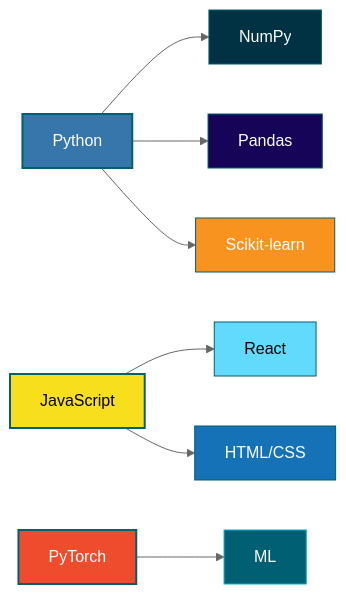
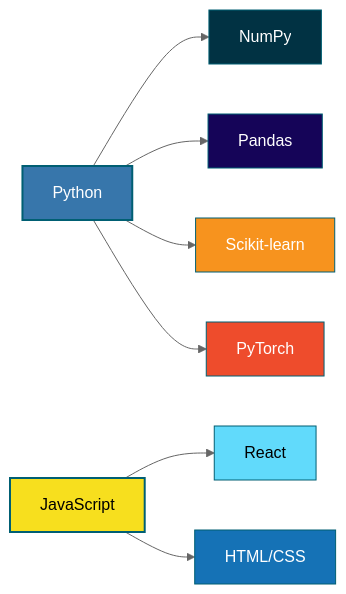
One commit to Thedarkiin/Thedarkiin changed the diagram in README.md. Above: the diagram before and after it, drawn with Mermaid (neutral theme). The commit also changed other lines of this file, not shown here.

````diff
--- a/README.md
+++ b/README.md
@@ -14,21 +20,19 @@
 ```mermaid
 graph LR
     A["Python"] --> B["NumPy"]
     A --> C["Pandas"]
     A --> D["Scikit-learn"]
+    A --> E["PyTorch"]
     
-    E["JavaScript"] --> F["React"]
-    E --> G["HTML/CSS"]
-    
-    H["PyTorch"] --> I["ML"]
+    F["JavaScript"] --> G["React"]
+    F --> H["HTML/CSS"]
     
     style A fill:#3776AB,stroke:#005f73,color:#fff,stroke-width:2px
     style B fill:#013243,stroke:#005f73,color:#fff
     style C fill:#150458,stroke:#005f73,color:#fff
     style D fill:#F7931E,stroke:#005f73,color:#fff
-    style E fill:#F7DF1E,stroke:#005f73,color:#000,stroke-width:2px
-    style F fill:#61DAFB,stroke:#005f73,color:#000
-    style G fill:#1572B6,stroke:#005f73,color:#fff
-    style H fill:#EE4C2C,stroke:#005f73,color:#fff,stroke-width:2px
-    style I fill:#005f73,stroke:#00B4D8,color:#fff
+    style E fill:#EE4C2C,stroke:#005f73,color:#fff
+    style F fill:#F7DF1E,stroke:#005f73,color:#000,stroke-width:2px
+    style G fill:#61DAFB,stroke:#005f73,color:#000
+    style H fill:#1572B6,stroke:#005f73,color:#fff
 ```
````
